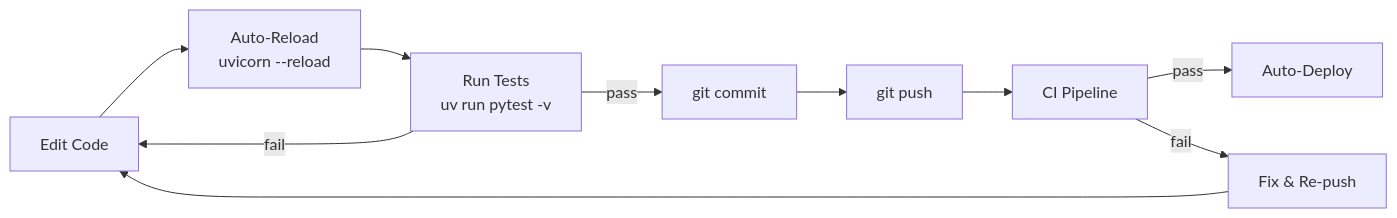
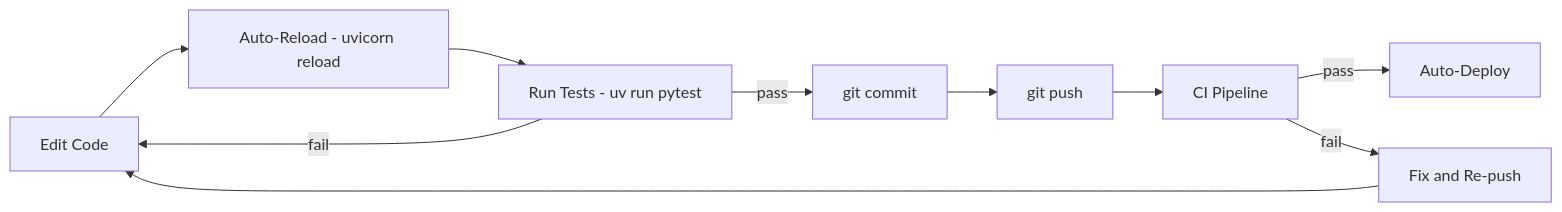
One commit to SairajMN/NeuroWeave changed the fifth of 5 diagrams in README.md. Above: the diagram before and after it, drawn with Mermaid. The commit also changed other lines of this file, not shown here.

````diff
--- a/README.md
+++ b/README.md
@@ -951,12 +973,12 @@
 ```mermaid
 flowchart LR
-    EDIT[Edit Code] --> RELOAD[Auto-Reload<br/>uvicorn --reload]
-    RELOAD --> TEST[Run Tests<br/>uv run pytest -v]
+    EDIT[Edit Code] --> RELOAD[Auto-Reload - uvicorn reload]
+    RELOAD --> TEST[Run Tests - uv run pytest]
     TEST -->|pass| COMMIT[git commit]
     TEST -->|fail| EDIT
     COMMIT --> PUSH[git push]
     PUSH --> CI[CI Pipeline]
     CI -->|pass| DEPLOY[Auto-Deploy]
-    CI -->|fail| FIX[Fix & Re-push]
+    CI -->|fail| FIX[Fix and Re-push]
     FIX --> EDIT
 ```
````
